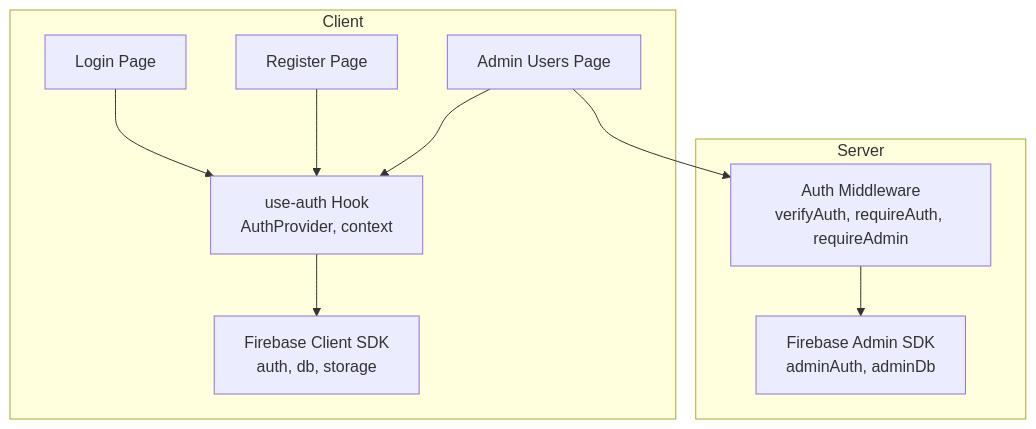
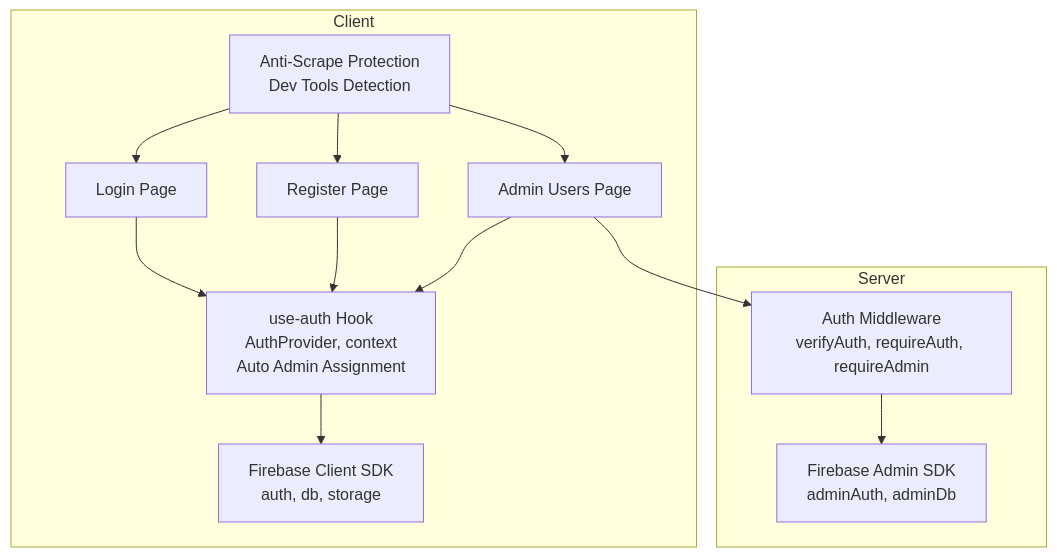
Before and after one commit to alikizang/datafrica: the first of 5 diagrams in .qoder/repowiki/en/content/Authentication System/Authentication System.md, drawn with Mermaid. The commit also changed other lines of this file and 15 other files, not shown here.

First line of the commit message:
Fix auth loading, add Firestore rules, KKiaPay webhook, admin redirect

````diff
--- a/.qoder/repowiki/en/content/Authentication System/Authentication System.md
+++ b/.qoder/repowiki/en/content/Authentication System/Authentication System.md
@@ -39,20 +49,24 @@
 ```mermaid
 graph TB
 subgraph "Client"
 FA["Firebase Client SDK<br/>auth, db, storage"]
-UA["use-auth Hook<br/>AuthProvider, context"]
+UA["use-auth Hook<br/>AuthProvider, context<br/>Auto Admin Assignment"]
+AS["Anti-Scrape Protection<br/>Dev Tools Detection"]
 LG["Login Page"]
 RG["Register Page"]
 AU["Admin Users Page"]
 end
 subgraph "Server"
 AM["Auth Middleware<br/>verifyAuth, requireAuth, requireAdmin"]
 FA2["Firebase Admin SDK<br/>adminAuth, adminDb"]
 end
 LG --> UA
 RG --> UA
 AU --> UA
 UA --> FA
 AU --> AM
 AM --> FA2
+AS --> LG
+AS --> RG
+AS --> AU
 ```
````
